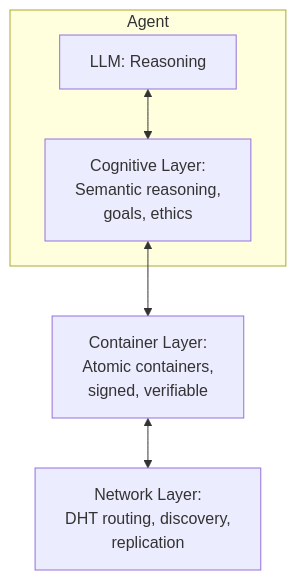
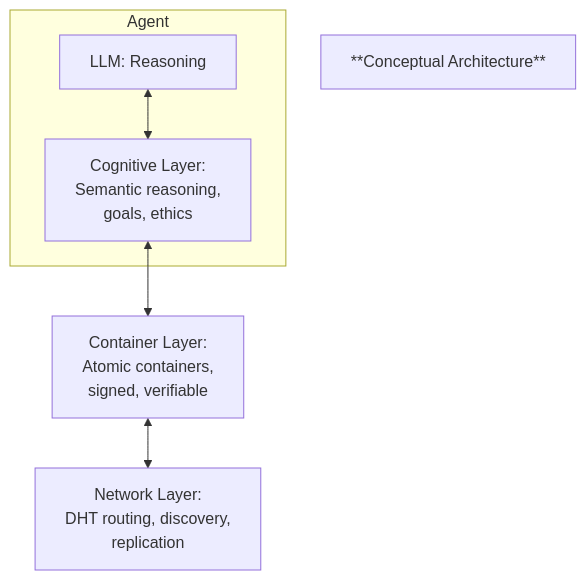
The first of 4 diagrams in docs/HMP-0005.md (kagvi13/HMP), drawn with Mermaid before and after one commit. The commit also changed other lines of this file, not shown here.

````diff
--- a/docs/HMP-0005.md
+++ b/docs/HMP-0005.md
@@ -173,16 +173,18 @@
 ```mermaid
 flowchart TD
+    title["**Conceptual Architecture**"]
+
     LLM[LLM: Reasoning]
     CognitiveLayer[Cognitive Layer: <br>Semantic reasoning, <br>goals, ethics]
     ContainersLayer[Container Layer: <br>Atomic containers, <br>signed, verifiable]
     NetworkLayer[Network Layer: <br>DHT routing, discovery, <br>replication]
 
     LLM <--> CognitiveLayer
     CognitiveLayer <--> ContainersLayer
     ContainersLayer <--> NetworkLayer
 
     subgraph Agent
         LLM
         CognitiveLayer
     end
 ```
````
